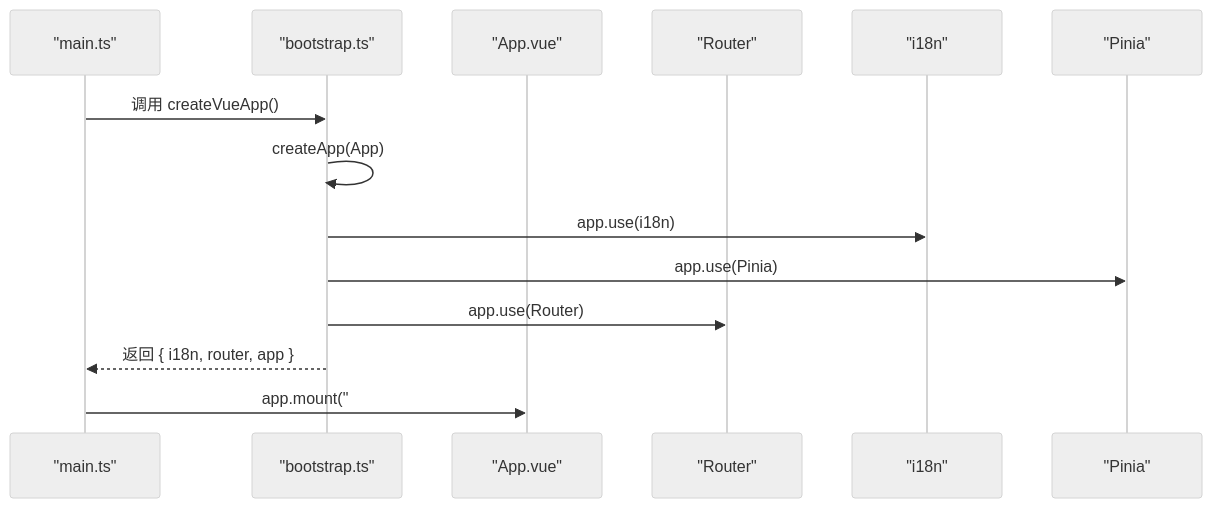
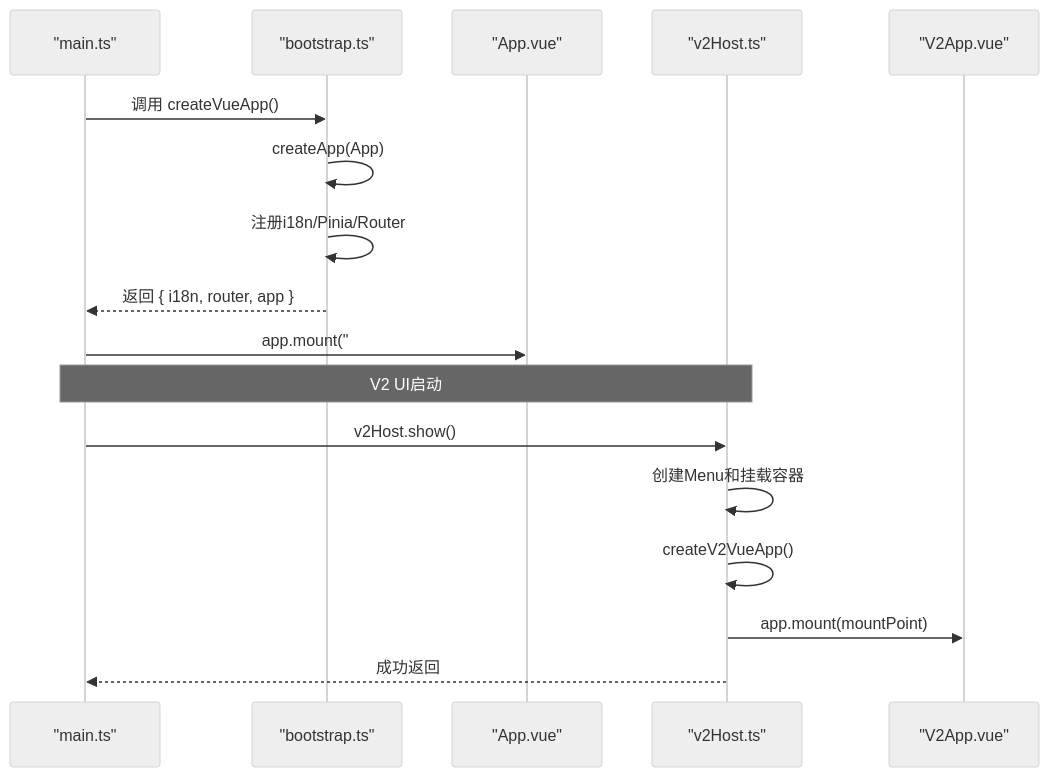
Before and after one commit to terwer/siyuan-plugin-publisher: the fourth of 8 diagrams in .qoder/repowiki/zh/content/核心架构/整体架构设计.md, drawn with Mermaid (neutral theme). The commit also changed other lines of this file and 18 other files, not shown here.

First line of the commit message:
docs(core-architecture): add detailed Composition API design patterns document

````diff
--- a/.qoder/repowiki/zh/content/核心架构/整体架构设计.md
+++ b/.qoder/repowiki/zh/content/核心架构/整体架构设计.md
@@ -207,16 +307,19 @@
 ```mermaid
 sequenceDiagram
 participant M as "main.ts"
 participant B as "bootstrap.ts"
 participant A as "App.vue"
-participant R as "Router"
-participant I as "i18n"
-participant S as "Pinia"
+participant VH as "v2Host.ts"
+participant VA as "V2App.vue"
 M->>B : 调用 createVueApp()
 B->>B : createApp(App)
-B->>I : app.use(i18n)
-B->>S : app.use(Pinia)
-B->>R : app.use(Router)
+B->>B : 注册i18n/Pinia/Router
 B-->>M : 返回 { i18n, router, app }
 M->>A : app.mount("#app")
+Note over M,VH : V2 UI启动
+M->>VH : v2Host.show()
+VH->>VH : 创建Menu和挂载容器
+VH->>VH : createV2VueApp()
+VH->>VA : app.mount(mountPoint)
+VH-->>M : 成功返回
 ```
````
